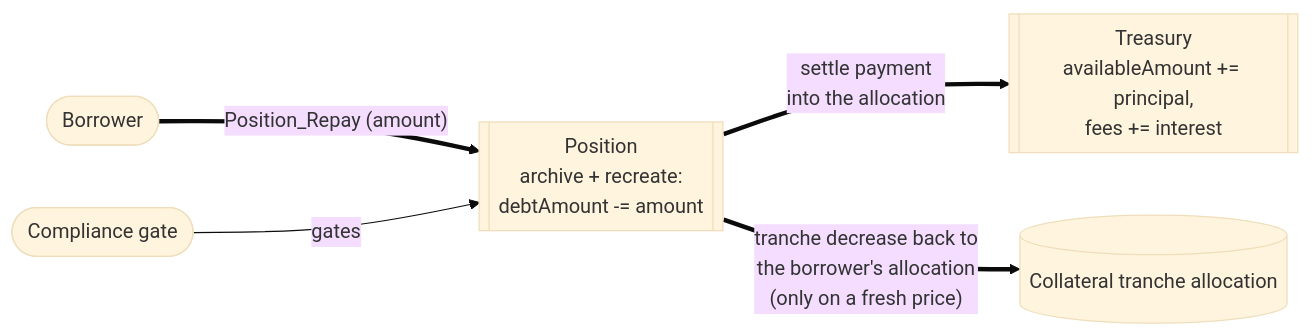
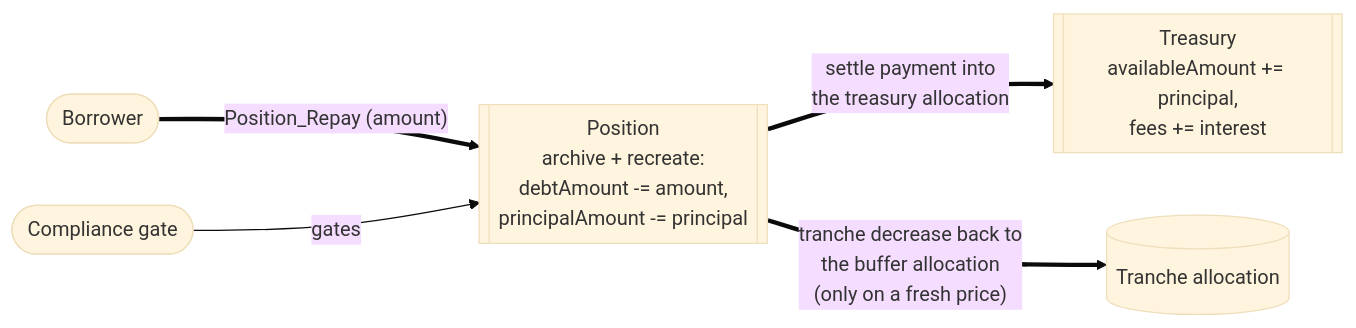
One commit to OpenZeppelin/canton-specs changed the fourth of 7 diagrams in docs/reference-architectures/lending.md. Above: the diagram before and after it, drawn with Mermaid (base theme). The commit also changed other lines of this file, not shown here.

Commit message:
Clarify which allocations each one is. Add spacing in diagrams and change colors in sequence diagrams.

````diff
--- a/docs/reference-architectures/lending.md
+++ b/docs/reference-architectures/lending.md
@@ -348,13 +312,13 @@
 ```mermaid
 flowchart LR
     Borrower([Borrower])
     Compliance(["Compliance gate"])
-    Position[["Position<br/>archive + recreate:<br/>debtAmount -= amount"]]
+    Position[["Position<br/>archive + recreate:<br/>debtAmount -= amount,<br/>principalAmount -= principal"]]
     Treasury[["Treasury<br/>availableAmount += principal,<br/>fees += interest"]]
-    Tranche[("Collateral tranche allocation")]
+    Tranche[("Tranche allocation")]
 
     Borrower ==>|"Position_Repay (amount)"| Position
     Compliance -->|"gates"| Position
-    Position ==>|"settle payment<br/>into the allocation"| Treasury
-    Position ==>|"tranche decrease back to<br/>the borrower's allocation<br/>(only on a fresh price)"| Tranche
+    Position ==>|"settle payment into<br/>the treasury allocation"| Treasury
+    Position ==>|"tranche decrease back to<br/>the buffer allocation<br/>(only on a fresh price)"| Tranche
 ```
````
